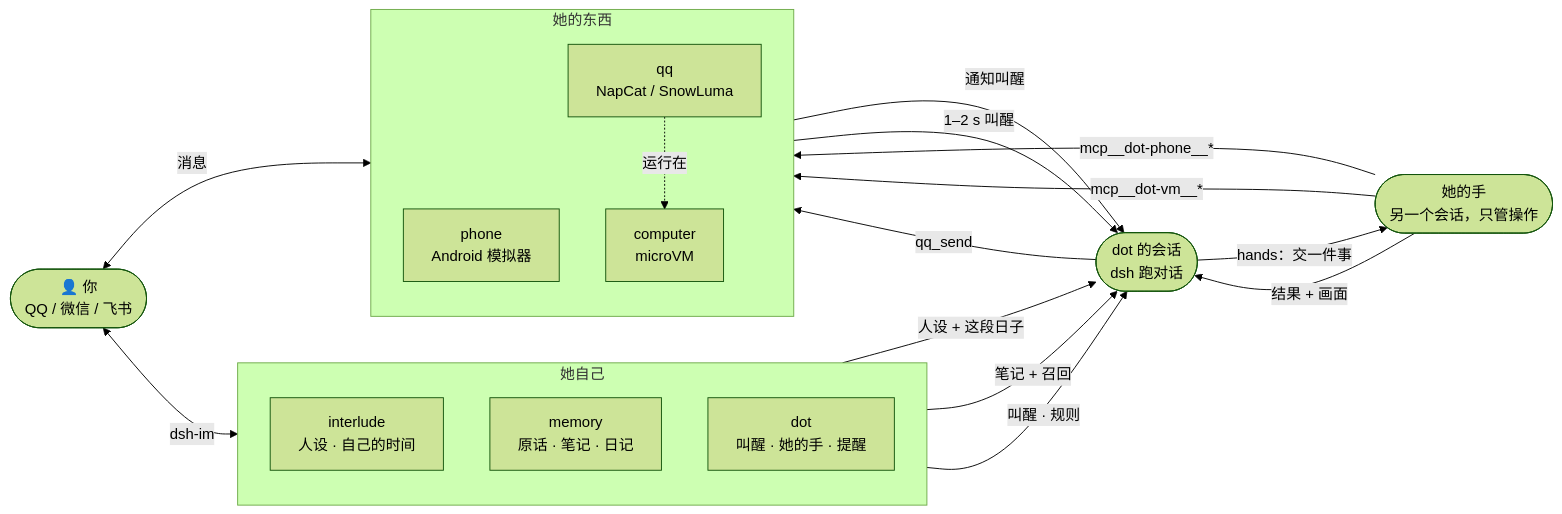
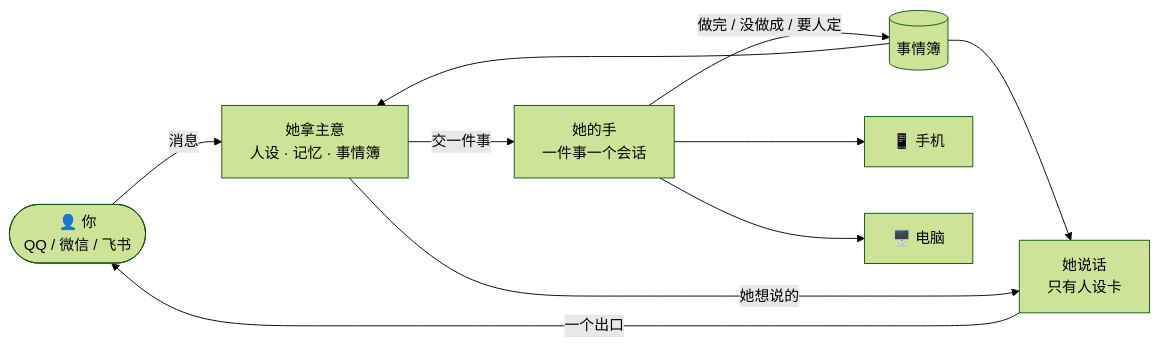
One commit to Kevinwu901113/dsh-dot changed the diagram in README.md. Above: the diagram before and after it, drawn with Mermaid (forest theme). The commit also changed other lines of this file and 2 other files, not shown here.

````diff
--- a/README.md
+++ b/README.md
@@ -185,32 +224,19 @@
 ```mermaid
 flowchart LR
     you(["👤 你<br/>QQ / 微信 / 飞书"])
-    subgraph self["她自己"]
-        direction TB
-        interlude["interlude<br/>人设 · 自己的时间"]
-        memory["memory<br/>原话 · 笔记 · 日记"]
-        contact["dot<br/>叫醒 · 她的手 · 提醒"]
-    end
-    session(["dot 的会话<br/>dsh 跑对话"])
-    subgraph things["她的东西"]
-        direction TB
-        phone["phone<br/>Android 模拟器"]
-        computer["computer<br/>microVM"]
-        qq["qq<br/>NapCat / SnowLuma"]
-    end
+    decide["她拿主意<br/>人设 · 记忆 · 事情簿"]
+    hands["她的手<br/>一件事一个会话"]
+    voice["她说话<br/>只有人设卡"]
+    book[("事情簿")]
+    phone["📱 手机"]
+    computer["🖥️ 电脑"]
 
-    you <-->|消息| qq
-    you <-->|dsh-im| contact
-    interlude -->|人设 + 这段日子| session
-    memory -->|笔记 + 召回| session
-    contact -->|叫醒 · 规则| session
-    hands(["她的手<br/>另一个会话，只管操作"])
-    session -->|hands：交一件事| hands
-    hands -->|结果 + 画面| session
-    hands -->|mcp__dot-phone__*| phone
-    hands -->|mcp__dot-vm__*| computer
-    session -->|qq_send| qq
-    phone -->|通知叫醒| session
-    qq -->|1–2 s 叫醒| session
-    qq -.运行在.-> computer
+    you -->|消息| decide
+    decide -->|交一件事| hands
+    hands --> phone & computer
+    hands -->|做完 / 没做成 / 要人定| book
+    book --> decide
+    book --> voice
+    decide -->|她想说的| voice
+    voice -->|一个出口| you
 ```
````
